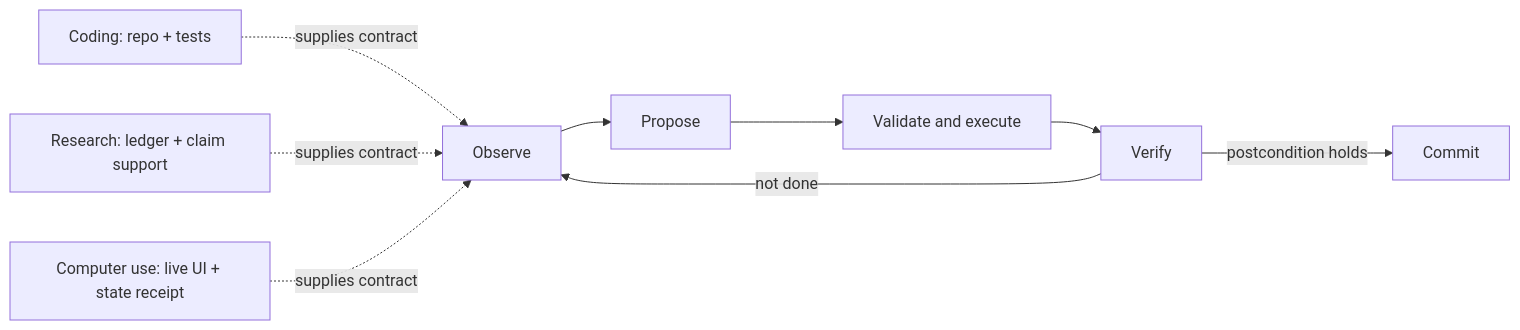
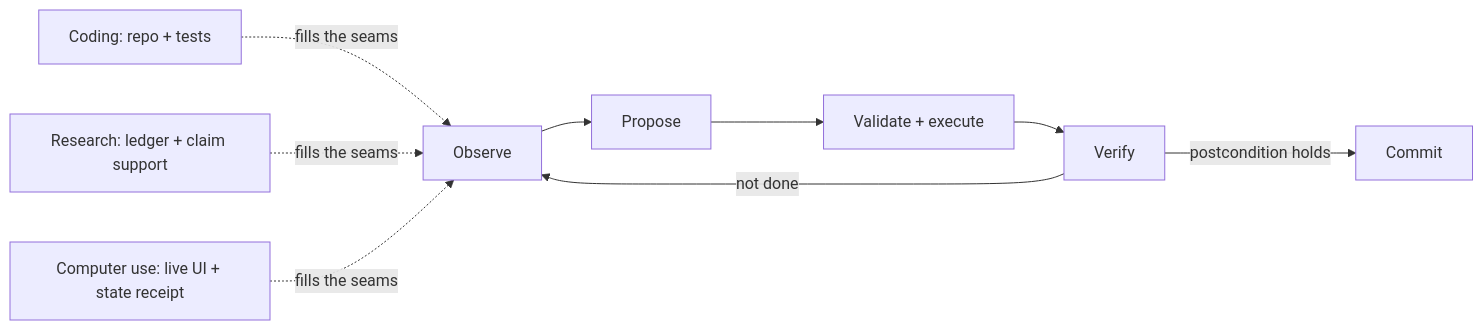
Before and after one commit to omkarsarde/agentic-engineering: the first of 3 diagrams in chapters/21-agent-applications.qmd, drawn with Mermaid. The commit also changed other lines of this file and 3 other files, not shown here.

````diff
--- a/chapters/21-agent-applications.qmd
+++ b/chapters/21-agent-applications.qmd
@@ -62,12 +30,13 @@
 ```{mermaid}
+%%| echo: false
 %%| label: fig-ch21-application-contract
-%%| fig-cap: "The invariant loop stays fixed; each application supplies a different observation, action language, verifier, and commit boundary."
-%%| fig-alt: "A shared observe, propose, validate and execute, verify, commit loop branches into coding with repositories and tests, research with evidence ledgers and claim checks, and computer use with semantic UI state and post-action state assertions."
+%%| fig-cap: "One loop, many contracts: the observe-propose-execute-verify-commit kernel is invariant, while coding, research, and computer use each supply a different observation, action vocabulary, verifier, and commit boundary."
+%%| fig-alt: "A shared observe, propose, validate-and-execute, verify, commit loop branches into coding with repositories and tests, research with an evidence ledger and claim checks, and computer use with a live UI and a post-action state check."
 flowchart LR
-    O["Observe"] --> P["Propose"] --> X["Validate and execute"] --> V["Verify"]
+    O["Observe"] --> P["Propose"] --> X["Validate + execute"] --> V["Verify"]
     V -->|"not done"| O
     V -->|"postcondition holds"| C["Commit"]
-    K["Coding: repo + tests"] -. "supplies contract" .-> O
-    R["Research: ledger + claim support"] -. "supplies contract" .-> O
-    U["Computer use: live UI + state receipt"] -. "supplies contract" .-> O
+    K["Coding: repo + tests"] -. "fills the seams" .-> O
+    R["Research: ledger + claim support"] -. "fills the seams" .-> O
+    U["Computer use: live UI + state receipt"] -. "fills the seams" .-> O
 ```
````
